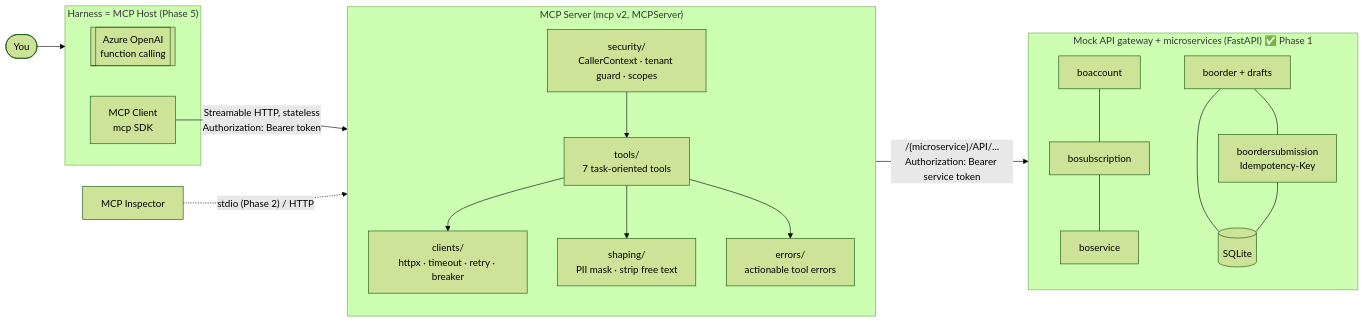
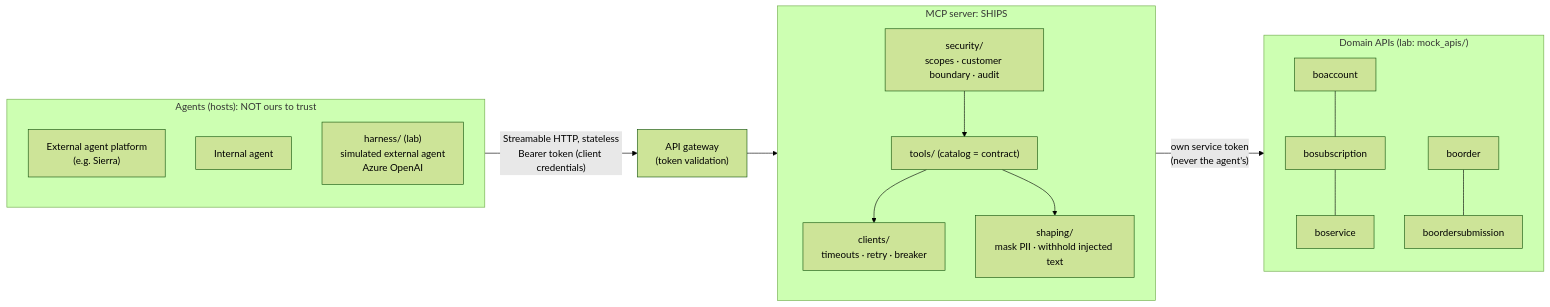
The diagram in README.md (teja1989/Intel-Inteligence-mcp), drawn with Mermaid (forest theme) before and after one commit. The commit also changed other lines of this file and 9 other files, not shown here.

First line of the commit message:
E1: external-agent readiness - boundary, catalog contract, integrator guide

````diff
--- a/README.md
+++ b/README.md
@@ -78,29 +96,25 @@
 ```mermaid
 flowchart LR
-    U([You]) --> H
-    subgraph H["Harness = MCP Host (Phase 5)"]
-        AOAI[[Azure OpenAI<br/>function calling]]
-        MC[MCP Client<br/>mcp SDK]
+    subgraph EXT["Agents (hosts): NOT ours to trust"]
+        direction TB
+        X1["External agent platform<br/>(e.g. Sierra)"]
+        X2["Internal agent"]
+        H["harness/ (lab)<br/>simulated external agent<br/>Azure OpenAI"]
     end
-    MC -- "Streamable HTTP, stateless<br/>Authorization: Bearer token" --> S
-    I[MCP Inspector] -. "stdio (Phase 2) / HTTP" .-> S
-    subgraph S["MCP Server (mcp v2, MCPServer)"]
+    EXT -- "Streamable HTTP, stateless<br/>Bearer token (client credentials)" --> GW
+    GW["API gateway<br/>(token validation)"] --> S
+    subgraph S["MCP server: SHIPS"]
         direction TB
-        SEC["security/<br/>CallerContext · tenant guard · scopes"]
-        T["tools/<br/>7 task-oriented tools"]
-        SH["shaping/<br/>PII mask · strip free text"]
-        E["errors/<br/>actionable tool errors"]
-        CL["clients/<br/>httpx · timeout · retry · breaker"]
+        SEC["security/<br/>scopes · customer boundary · audit"]
+        T["tools/ (catalog = contract)"]
+        SH["shaping/<br/>mask PII · withhold injected text"]
+        CL["clients/<br/>timeouts · retry · breaker"]
         SEC --> T --> CL
         T --> SH
-        T --> E
     end
-    CL -- "/{microservice}/API/...<br/>Authorization: Bearer service token" --> B
-    subgraph B["Mock API gateway + microservices (FastAPI) ✅ Phase 1"]
+    CL -- "own service token<br/>(never the agent's)" --> B
+    subgraph B["Domain APIs (lab: mock_apis/)"]
         A1[boaccount] --- A2[bosubscription] --- A3[boservice]
-        A4[boorder + drafts] --- A5[boordersubmission<br/>Idempotency-Key]
-        DB[(SQLite)]
-        A4 --- DB
-        A5 --- DB
+        A4[boorder] --- A5[boordersubmission]
     end
 ```
````
